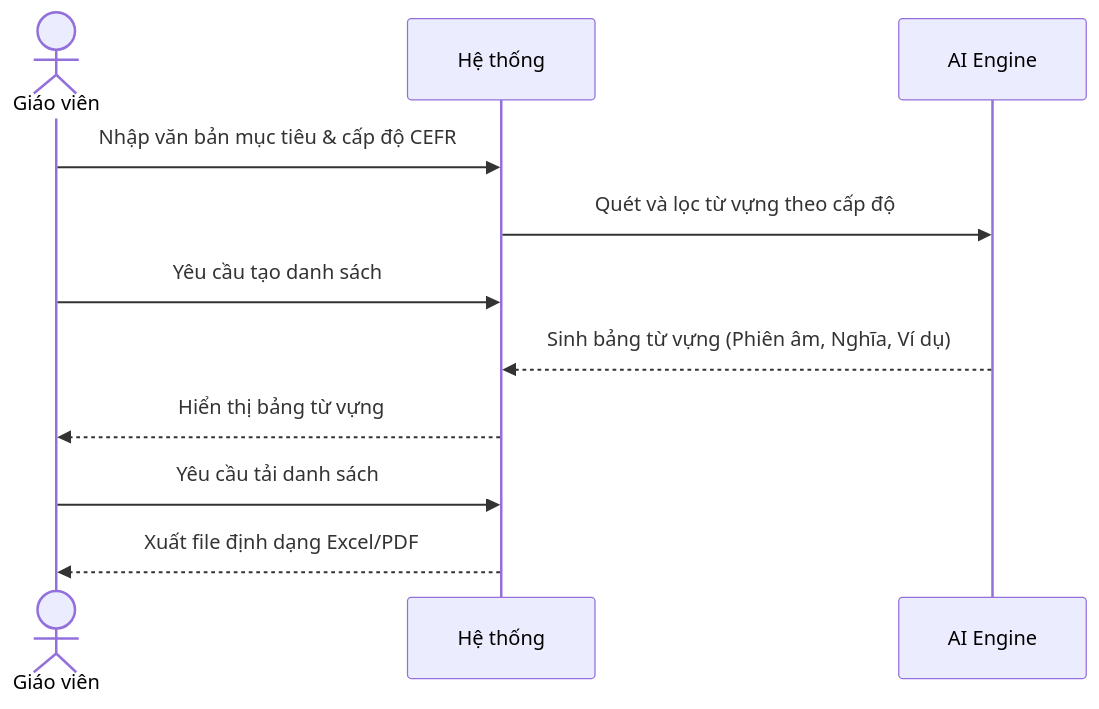
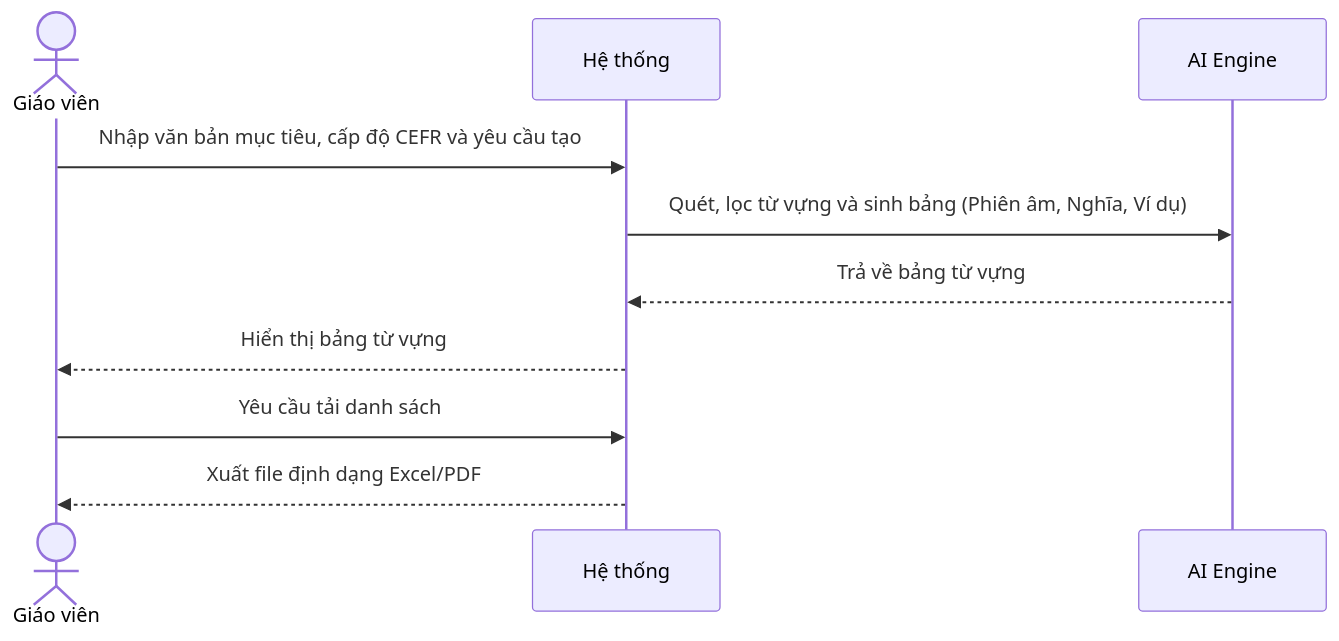
One commit to Cong-ty-TNNH-Q-Tech/Q-School changed the sixth of 6 diagrams in docs/usecase/nhom_1_soan_giang.md. Above: the diagram before and after it, drawn with Mermaid. The commit also changed other lines of this file and 4 other files, not shown here.

Commit message:
docs(usecase): standardize all tables and sequence diagrams, fix temporal logic and AI roles

````diff
--- a/docs/usecase/nhom_1_soan_giang.md
+++ b/docs/usecase/nhom_1_soan_giang.md
@@ -121,14 +175,13 @@
 ```mermaid
 sequenceDiagram
     actor GV as Giáo viên
     participant HT as Hệ thống
     participant AI as AI Engine
 
-    GV->>HT: Nhập văn bản mục tiêu & cấp độ CEFR
-    HT->>AI: Quét và lọc từ vựng theo cấp độ
-    GV->>HT: Yêu cầu tạo danh sách
-    AI-->>HT: Sinh bảng từ vựng (Phiên âm, Nghĩa, Ví dụ)
+    GV->>HT: Nhập văn bản mục tiêu, cấp độ CEFR và yêu cầu tạo
+    HT->>AI: Quét, lọc từ vựng và sinh bảng (Phiên âm, Nghĩa, Ví dụ)
+    AI-->>HT: Trả về bảng từ vựng
     HT-->>GV: Hiển thị bảng từ vựng
     GV->>HT: Yêu cầu tải danh sách
     HT-->>GV: Xuất file định dạng Excel/PDF
 ```
````
